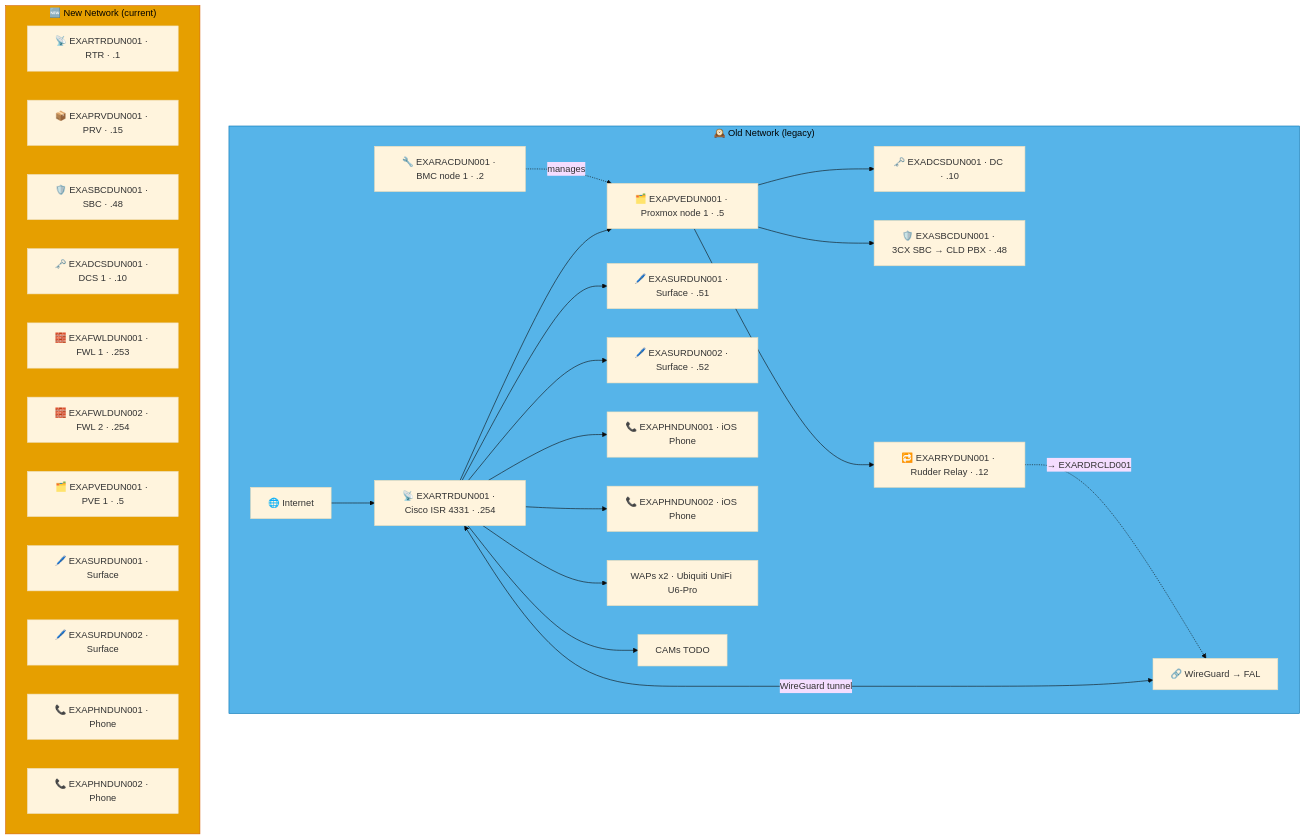
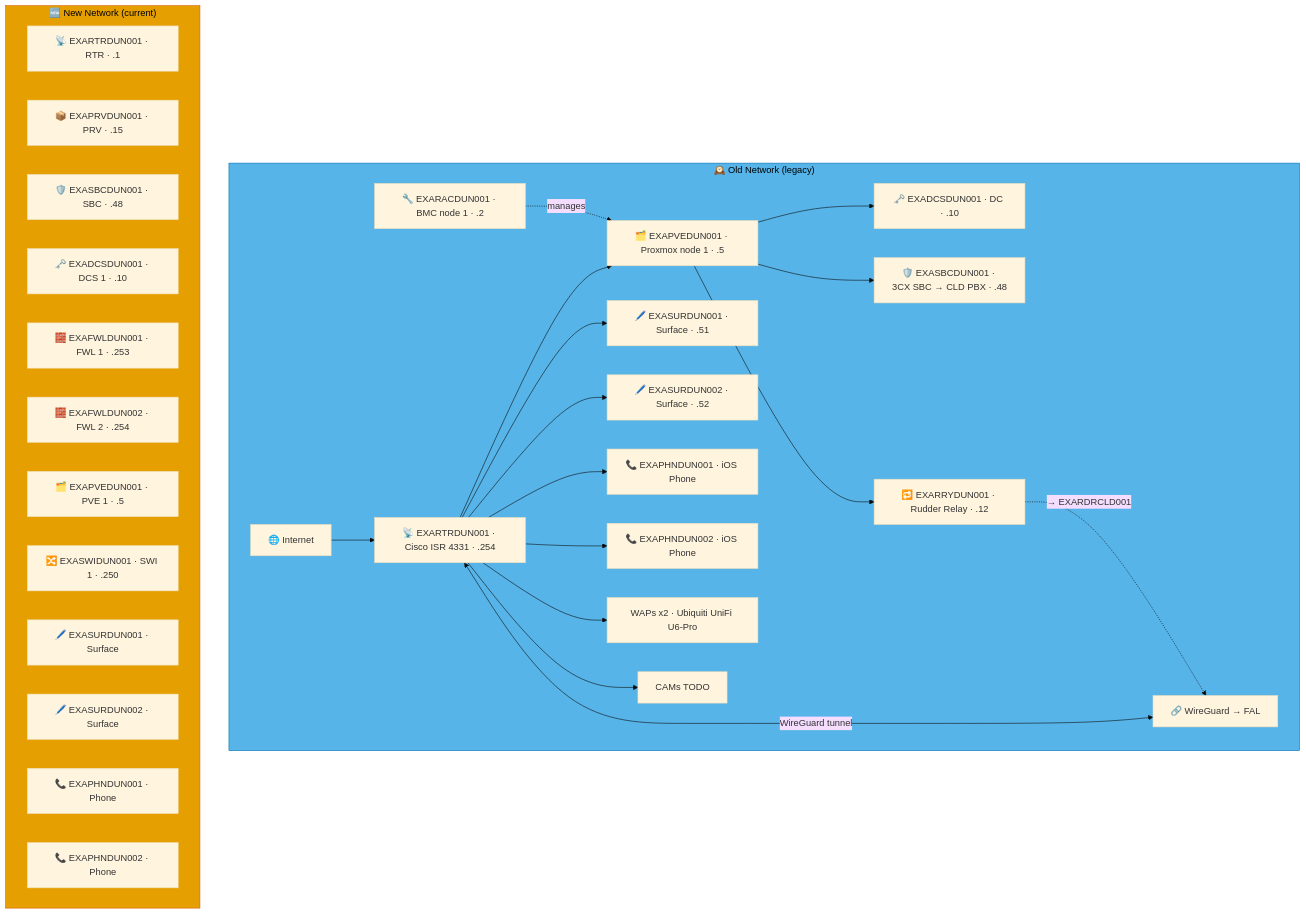
Before and after one commit to knightmare2600/example_music_infra: the fifth of 7 diagrams in docs/network-diagram/scotland.md, drawn with Mermaid (base theme). The commit also changed other lines of this file and 12 other files, not shown here.

````diff
--- a/docs/network-diagram/scotland.md
+++ b/docs/network-diagram/scotland.md
@@ -349,45 +350,46 @@
 ```mermaid
 graph TD
     subgraph OLD_DUN ["🕰️ Old Network (legacy)"]
       INET["🌐 Internet"]
       RTR["📡 EXARTRDUN001 · Cisco ISR 4331 · .254"]
       RAC["🔧 EXARACDUN001 · BMC node 1 · .2"]
       PVE["🗂️ EXAPVEDUN001 · Proxmox node 1 · .5"]
       DC["🗝️ EXADCSDUN001 · DC · .10"]
       SBC["🛡️ EXASBCDUN001 · 3CX SBC → CLD PBX · .48"]
       RRY["🔁 EXARRYDUN001 · Rudder Relay · .12"]
       SUR1["🖊️ EXASURDUN001 · Surface · .51"]
       SUR2["🖊️ EXASURDUN002 · Surface · .52"]
       PHN1["📞 EXAPHNDUN001 · iOS Phone"]
       PHN2["📞 EXAPHNDUN002 · iOS Phone"]
       WAP["WAPs x2 · Ubiquiti UniFi U6-Pro"]
       CAM["CAMs TODO"]
       VPN["🔗 WireGuard → FAL"]
 
       INET --> RTR --> PVE
       PVE --> DC & SBC
       RAC -.->|"manages"| PVE
       RTR --> SUR1 & SUR2 & PHN1 & PHN2 & WAP & CAM
       RTR <-->|"WireGuard tunnel"| VPN
 
       PVE --> RRY
       RRY -. "→ EXARDRCLD001" .-> VPN
     end
     style OLD_DUN fill:#56B4E9,stroke:#0072B2,color:#000000
     %% GENERATED:NEW-NETWORK:DUN:START
     subgraph NEW_DUN ["🆕 New Network (current)"]
       N_RTR["📡 EXARTRDUN001 · RTR · .1"]
       N_PRV["📦 EXAPRVDUN001 · PRV · .15"]
       N_SBC["🛡️ EXASBCDUN001 · SBC · .48"]
       N_DCS["🗝️ EXADCSDUN001 · DCS 1 · .10"]
       N_FWL["🧱 EXAFWLDUN001 · FWL 1 · .253"]
       N_FWL2["🧱 EXAFWLDUN002 · FWL 2 · .254"]
       N_PVE["🗂️ EXAPVEDUN001 · PVE 1 · .5"]
+      N_SWI["🔀 EXASWIDUN001 · SWI 1 · .250"]
       N_SUR["🖊️ EXASURDUN001 · Surface"]
       N_SUR2["🖊️ EXASURDUN002 · Surface"]
       N_PHN["📞 EXAPHNDUN001 · Phone"]
       N_PHN2["📞 EXAPHNDUN002 · Phone"]
     end
     style NEW_DUN fill:#E69F00,stroke:#D55E00,color:#000000
     %% GENERATED:NEW-NETWORK:DUN:END
 ```
````
